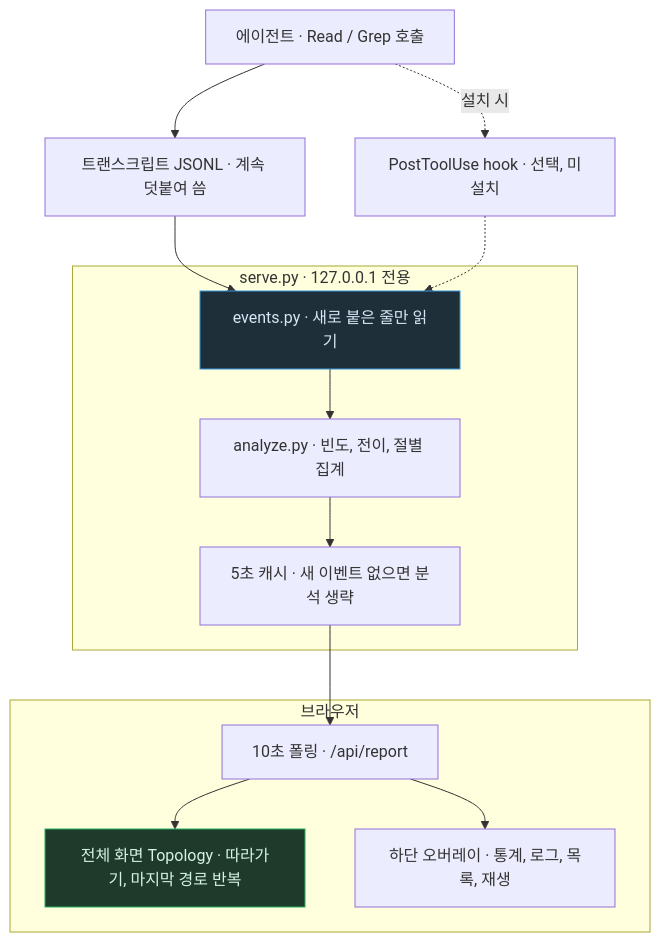
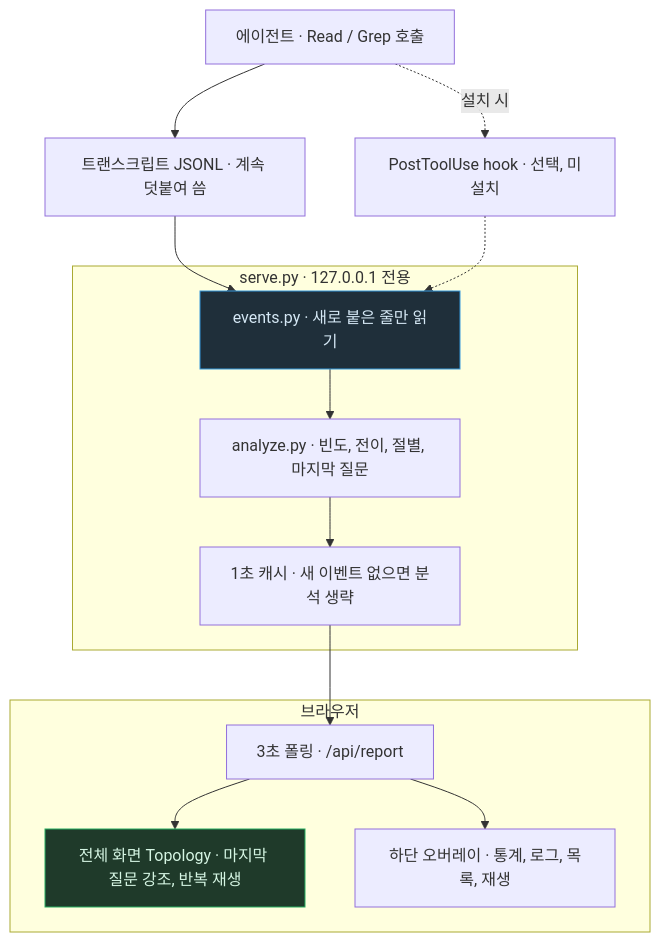
Before and after one commit to noble-shake/StudyProject: the diagram in ComputerScience/Architecture/DevelopPrompt-Analytics.flow.md, drawn with Mermaid. The commit also changed other lines of this file and 1 other file, not shown here.

Commit message:
📝[Docs]: 애널리틱스 교재에 질문 단위 강조·3초 갱신·터미널 보기·호출 단위 중복 제거를 더한다

````diff
--- a/ComputerScience/Architecture/DevelopPrompt-Analytics.flow.md
+++ b/ComputerScience/Architecture/DevelopPrompt-Analytics.flow.md
@@ -7,37 +7,37 @@
 ```mermaid
 flowchart TD
     %% ── 수집 ────────────────────────────
     AG["에이전트 · Read / Grep 호출"]
     TR["트랜스크립트 JSONL · 계속 덧붙여 씀"]
     HK["PostToolUse hook · 선택, 미설치"]
 
     %% ── 서버 프로세스 ───────────────────
     subgraph SRV["serve.py · 127.0.0.1 전용"]
         EV["events.py · 새로 붙은 줄만 읽기"]
-        AN["analyze.py · 빈도, 전이, 절별 집계"]
-        CA["5초 캐시 · 새 이벤트 없으면 분석 생략"]
+        AN["analyze.py · 빈도, 전이, 절별, 마지막 질문"]
+        CA["1초 캐시 · 새 이벤트 없으면 분석 생략"]
     end
 
     %% ── 브라우저 ───────────────────────
     subgraph WEB["브라우저"]
-        PL["10초 폴링 · /api/report"]
-        TP["전체 화면 Topology · 따라가기, 마지막 경로 반복"]
+        PL["3초 폴링 · /api/report"]
+        TP["전체 화면 Topology · 마지막 질문 강조, 반복 재생"]
         OV["하단 오버레이 · 통계, 로그, 목록, 재생"]
     end
 
     %% ── 관계 ────────────────────────────
     AG --> TR
     AG -.->|"설치 시"| HK
     TR --> EV
     HK -.-> EV
     EV --> AN --> CA
     CA --> PL
     PL --> TP
     PL --> OV
 
     %% ── 스타일 ──────────────────────────
     classDef hi fill:#1f2f3a,stroke:#3498db,color:#d5e8f5
     classDef good fill:#1f3a2a,stroke:#27ae60,color:#d5f5e3
     class EV hi
     class TP good
 ```
````
